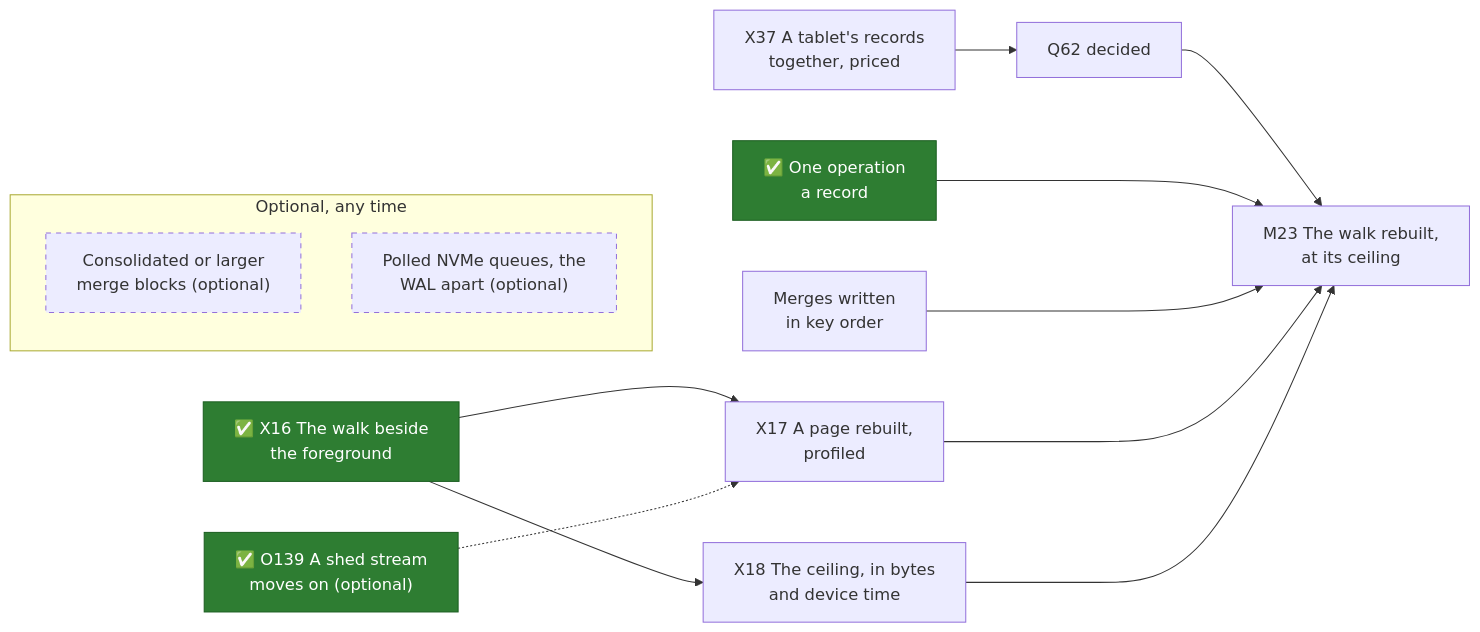
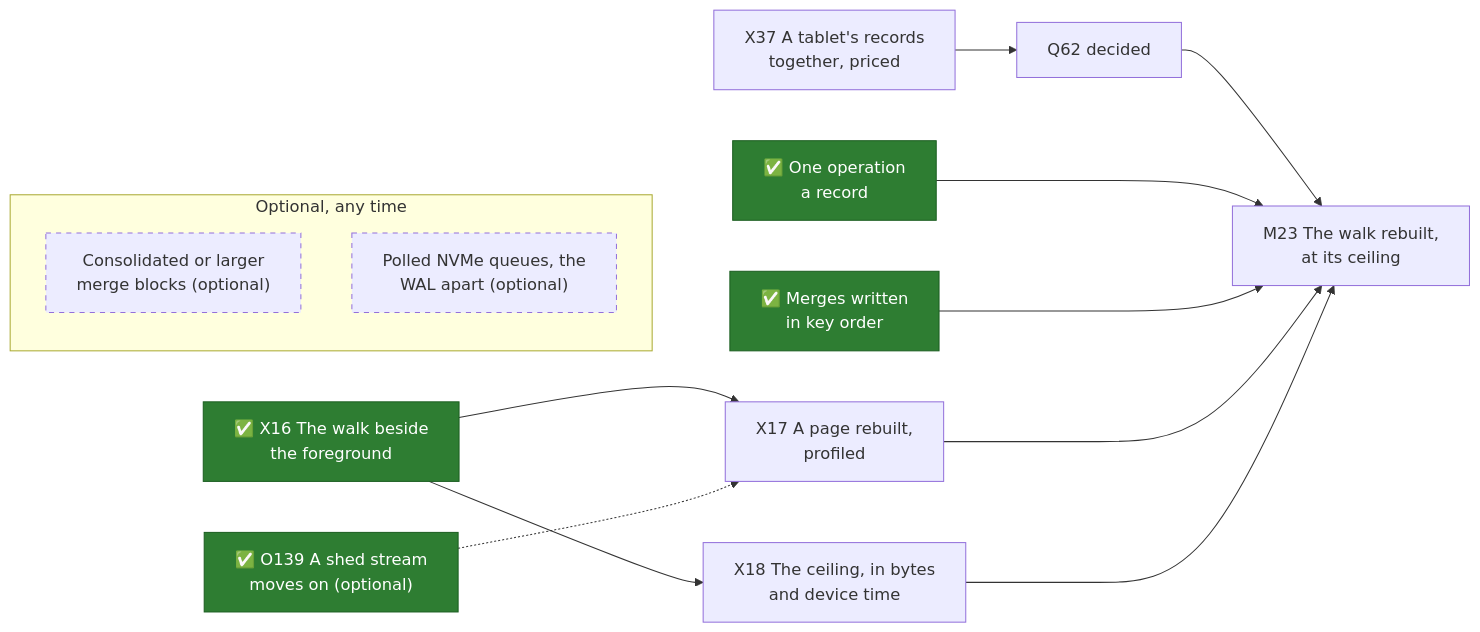
Before and after one commit to mjcarson/shoal: the diagram in docs/src/future-work/scans/scan-speed.md, drawn with Mermaid. The commit also changed other lines of this file and 12 other files, not shown here.

````diff
--- a/docs/src/future-work/scans/scan-speed.md
+++ b/docs/src/future-work/scans/scan-speed.md
@@ -343,27 +347,27 @@
 ```mermaid
 flowchart LR
     classDef done fill:#2e7d32,stroke:#1b5e20,color:#ffffff
     classDef optional stroke-dasharray: 5 5
     X16["✅ X16 The walk beside<br>the foreground"]:::done
     Shed["✅ O139 A shed stream<br>moves on (optional)"]:::done
     Read1["✅ One operation<br>a record"]:::done
-    Sorted["Merges written<br>in key order"]
+    Sorted["✅ Merges written<br>in key order"]:::done
     X37["X37 A tablet's records<br>together, priced"]
     X17["X17 A page rebuilt,<br>profiled"]
     X18["X18 The ceiling, in bytes<br>and device time"]
     Q62["Q62 decided"]
     M23["M23 The walk rebuilt,<br>at its ceiling"]
     X16 --> X17
     X16 --> X18
     Shed -.-> X17
     X37 --> Q62 --> M23
     Read1 ---> M23
     Sorted ---> M23
     X17 ---> M23
     X18 ---> M23
     subgraph anytime["Optional, any time"]
         direction TB
         Blocks["Consolidated or larger<br>merge blocks (optional)"]:::optional
         Host["Polled NVMe queues, the<br>WAL apart (optional)"]:::optional
     end
 ```
````
